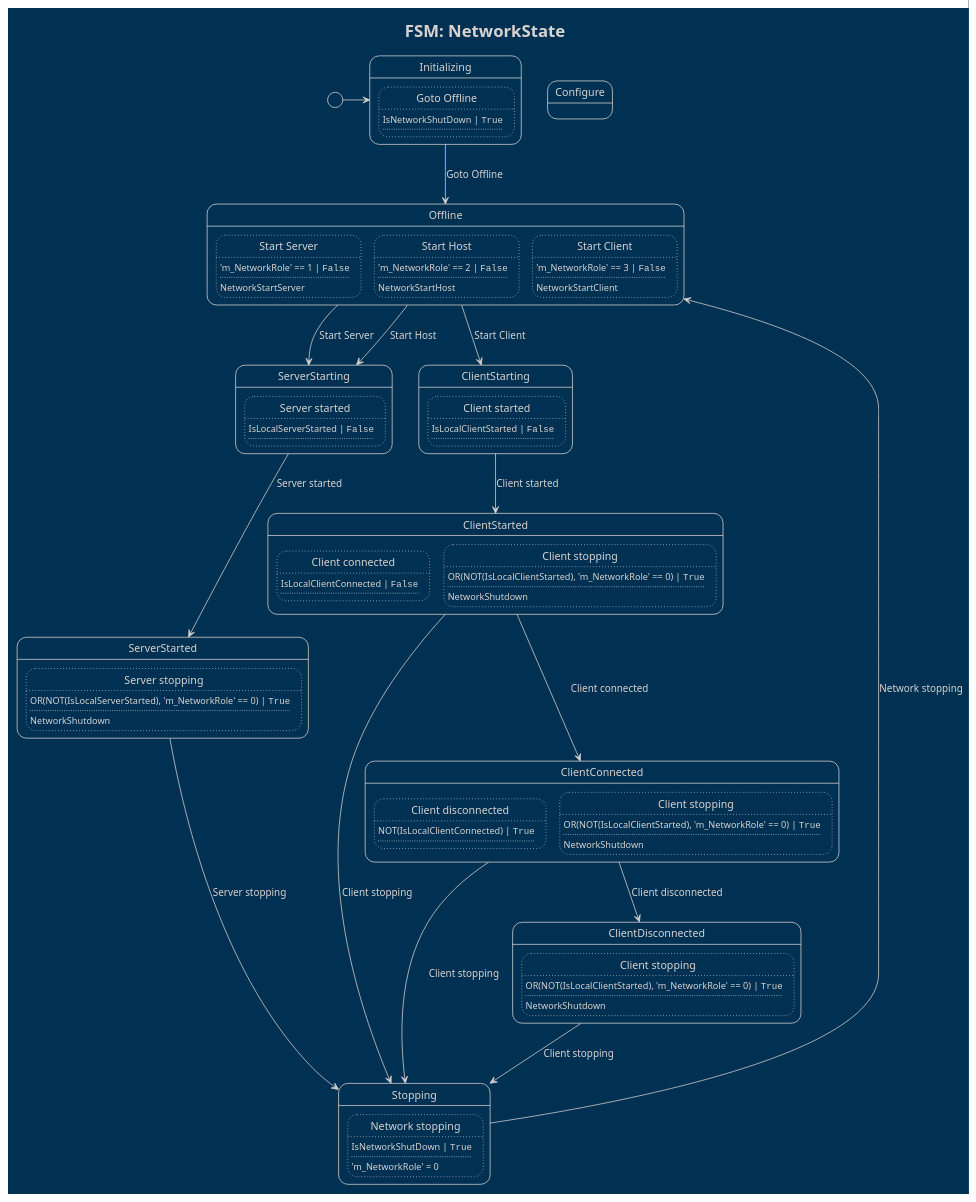
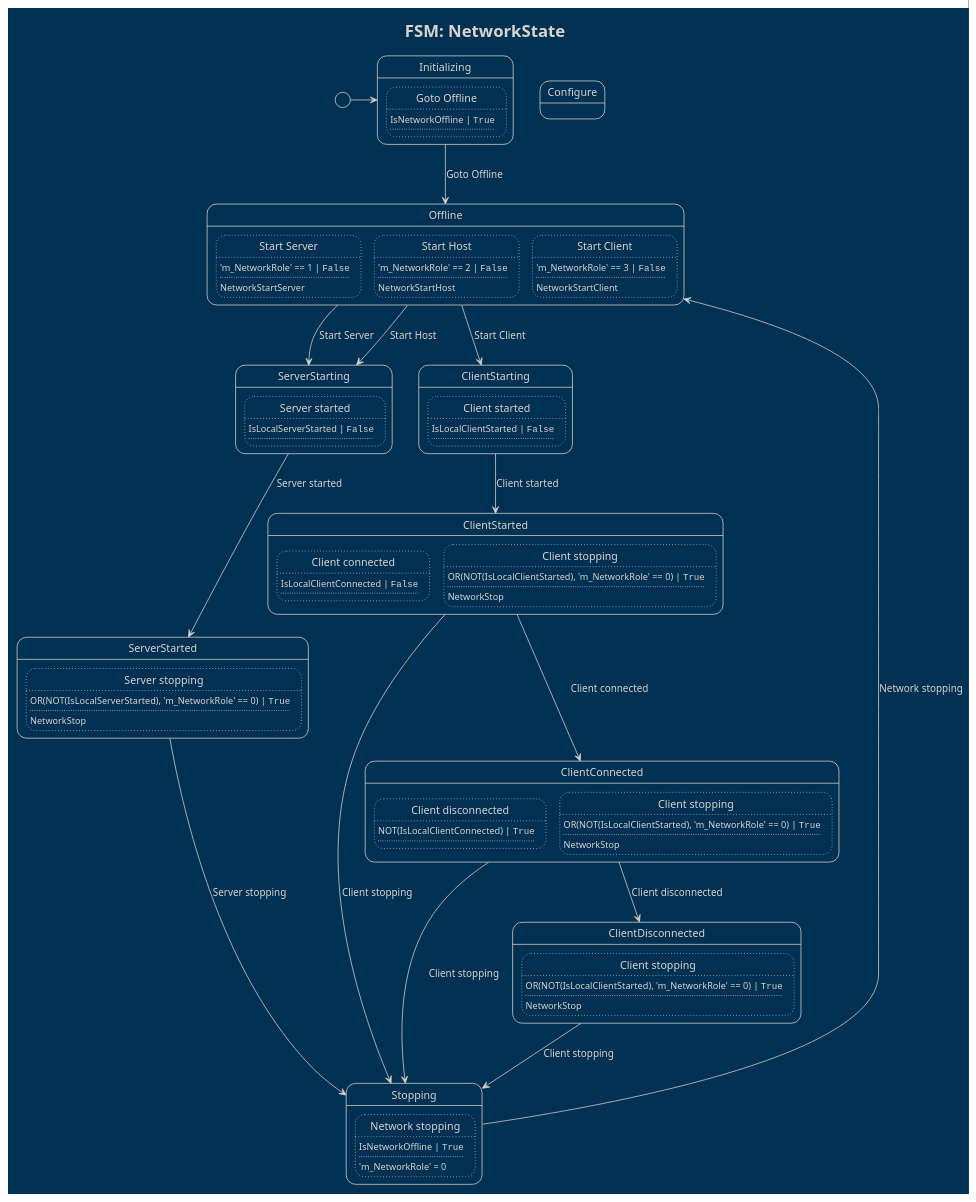
Before and after one commit to CodeSmile-0000011110110111/WriteBetterNetcode: the diagram in PlantUML Diagrams/CodeSmile.BetterNetcode.Network.NetworkState.puml, drawn with PlantUML. The commit also changed 35 other files, not shown here.

```diff
--- a/PlantUML Diagrams/CodeSmile.BetterNetcode.Network.NetworkState.puml
+++ b/PlantUML Diagrams/CodeSmile.BetterNetcode.Network.NetworkState.puml
@@ -1,129 +1,129 @@
 @startuml
 
 !theme blueprint
 hide empty description
 
 title FSM: NetworkState
 
 state "Initializing" as state0
 state state0 {
 	state "Goto Offline" as state0_trans0
 	state state0_trans0 #line.dotted {
-		state0_trans0 : IsNetworkShutDown | ""True""
+		state0_trans0 : IsNetworkOffline | ""True""
 		state0_trans0 : ....
 	}
 }
 state "Offline" as state1
 state state1 {
 	state "Start Server" as state1_trans0
 	state state1_trans0 #line.dotted {
 		state1_trans0 : 'm_NetworkRole' == 1 | ""False""
 		state1_trans0 : ....
 		state1_trans0 : NetworkStartServer
 	}
 	state "Start Host" as state1_trans1
 	state state1_trans1 #line.dotted {
 		state1_trans1 : 'm_NetworkRole' == 2 | ""False""
 		state1_trans1 : ....
 		state1_trans1 : NetworkStartHost
 	}
 	state "Start Client" as state1_trans2
 	state state1_trans2 #line.dotted {
 		state1_trans2 : 'm_NetworkRole' == 3 | ""False""
 		state1_trans2 : ....
 		state1_trans2 : NetworkStartClient
 	}
 }
 state "Configure" as state2
 state state2 {
 }
 state "Stopping" as state3
 state state3 {
 	state "Network stopping" as state3_trans0
 	state state3_trans0 #line.dotted {
-		state3_trans0 : IsNetworkShutDown | ""True""
+		state3_trans0 : IsNetworkOffline | ""True""
 		state3_trans0 : ....
 		state3_trans0 : 'm_NetworkRole' = 0
 	}
 }
 state "ServerStarting" as state4
 state state4 {
 	state "Server started" as state4_trans0
 	state state4_trans0 #line.dotted {
 		state4_trans0 : IsLocalServerStarted | ""False""
 		state4_trans0 : ....
 	}
 }
 state "ServerStarted" as state5
 state state5 {
 	state "Server stopping" as state5_trans0
 	state state5_trans0 #line.dotted {
 		state5_trans0 : OR(NOT(IsLocalServerStarted), 'm_NetworkRole' == 0) | ""True""
 		state5_trans0 : ....
-		state5_trans0 : NetworkShutdown
+		state5_trans0 : NetworkStop
 	}
 }
 state "ClientStarting" as state6
 state state6 {
 	state "Client started" as state6_trans0
 	state state6_trans0 #line.dotted {
 		state6_trans0 : IsLocalClientStarted | ""False""
 		state6_trans0 : ....
 	}
 }
 state "ClientStarted" as state7
 state state7 {
 	state "Client connected" as state7_trans0
 	state state7_trans0 #line.dotted {
 		state7_trans0 : IsLocalClientConnected | ""False""
 		state7_trans0 : ....
 	}
 	state "Client stopping" as state7_trans1
 	state state7_trans1 #line.dotted {
 		state7_trans1 : OR(NOT(IsLocalClientStarted), 'm_NetworkRole' == 0) | ""True""
 		state7_trans1 : ....
-		state7_trans1 : NetworkShutdown
+		state7_trans1 : NetworkStop
 	}
 }
 state "ClientConnected" as state8
 state state8 {
 	state "Client disconnected" as state8_trans0
 	state state8_trans0 #line.dotted {
 		state8_trans0 : NOT(IsLocalClientConnected) | ""True""
 		state8_trans0 : ....
 	}
 	state "Client stopping" as state8_trans1
 	state state8_trans1 #line.dotted {
 		state8_trans1 : OR(NOT(IsLocalClientStarted), 'm_NetworkRole' == 0) | ""True""
 		state8_trans1 : ....
-		state8_trans1 : NetworkShutdown
+		state8_trans1 : NetworkStop
 	}
 }
 state "ClientDisconnected" as state9
 state state9 {
 	state "Client stopping" as state9_trans0
 	state state9_trans0 #line.dotted {
 		state9_trans0 : OR(NOT(IsLocalClientStarted), 'm_NetworkRole' == 0) | ""True""
 		state9_trans0 : ....
-		state9_trans0 : NetworkShutdown
+		state9_trans0 : NetworkStop
 	}
 }
 
 
 [*] -> state0
 state0 --> state1 : Goto Offline
 state1 --> state4 : Start Server
 state1 --> state4 : Start Host
 state1 --> state6 : Start Client
 state3 --> state1 : Network stopping
 state4 --> state5 : Server started
 state5 --> state3 : Server stopping
 state6 --> state7 : Client started
 state7 --> state8 : Client connected
 state7 --> state3 : Client stopping
 state8 --> state9 : Client disconnected
 state8 --> state3 : Client stopping
 state9 --> state3 : Client stopping
 
 
 @enduml
```
